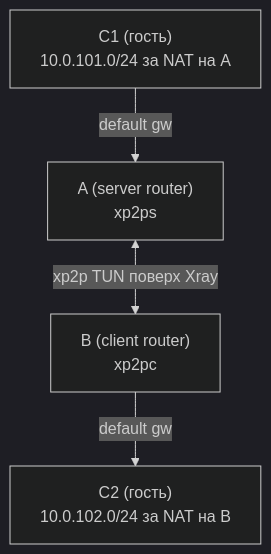
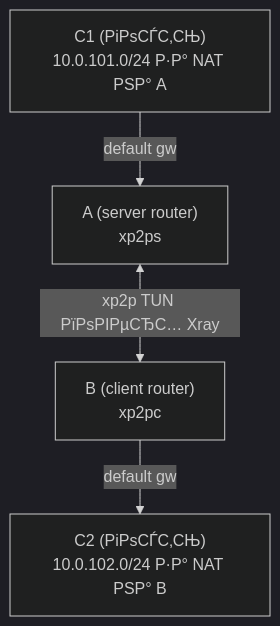
One commit to NlightN22/xray-p2p changed the diagram in docs/ru/guides/chain.md. Above: the diagram before and after it, drawn with Mermaid (dark theme). The commit also changed other lines of this file and 23 other files, not shown here.

````diff
--- a/docs/ru/guides/chain.md
+++ b/docs/ru/guides/chain.md
@@ -7,6 +7,6 @@
 ```mermaid
 flowchart TB
-  C1["C1 (гость)<br/>10.0.101.0/24 за NAT на A"] -->|"default gw"| A["A (server router)<br/>xp2ps"]
-  A <-->|"xp2p TUN поверх Xray"| B["B (client router)<br/>xp2pc"]
-  B -->|"default gw"| C2["C2 (гость)<br/>10.0.102.0/24 за NAT на B"]
+  C1["C1 (РіРѕСЃС‚СЊ)<br/>10.0.101.0/24 Р·Р° NAT РЅР° A"] -->|"default gw"| A["A (server router)<br/>xp2ps"]
+  A <-->|"xp2p TUN РїРѕРІРµСЂС… Xray"| B["B (client router)<br/>xp2pc"]
+  B -->|"default gw"| C2["C2 (РіРѕСЃС‚СЊ)<br/>10.0.102.0/24 Р·Р° NAT РЅР° B"]
 ```
````
